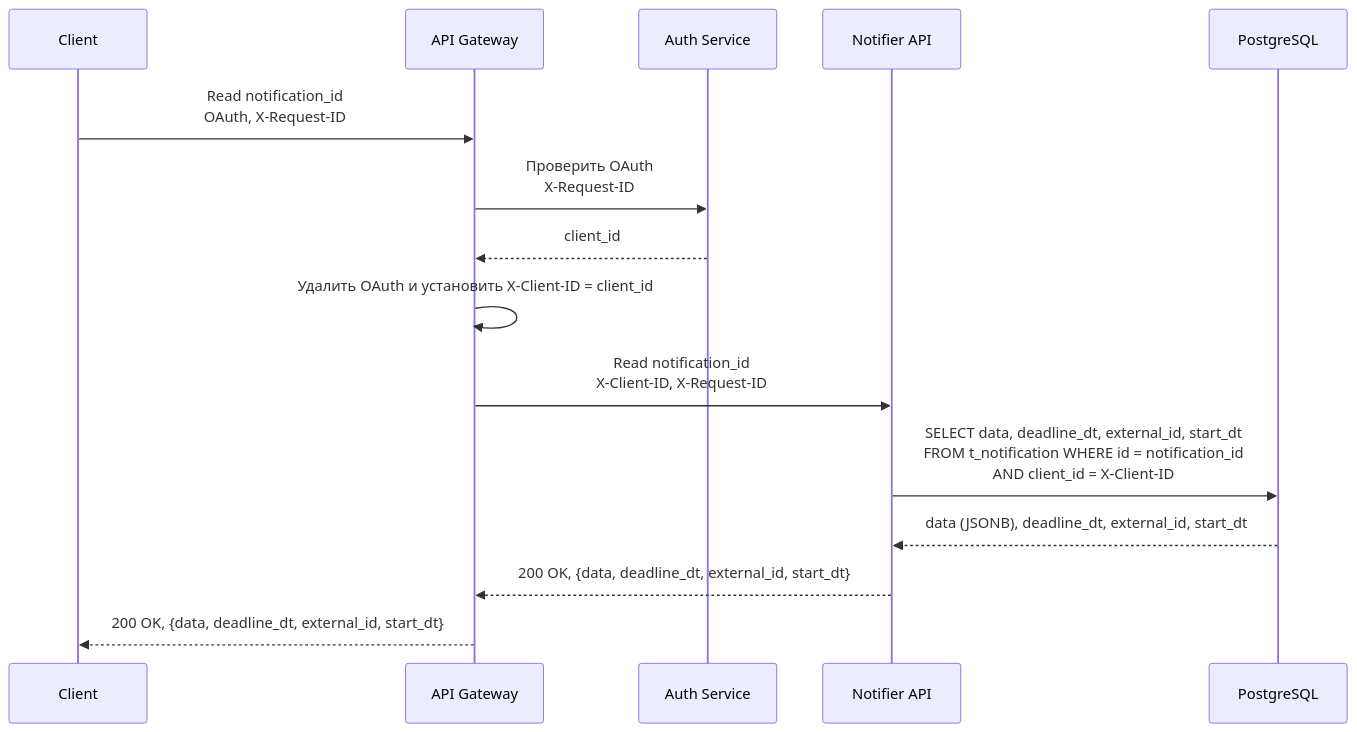
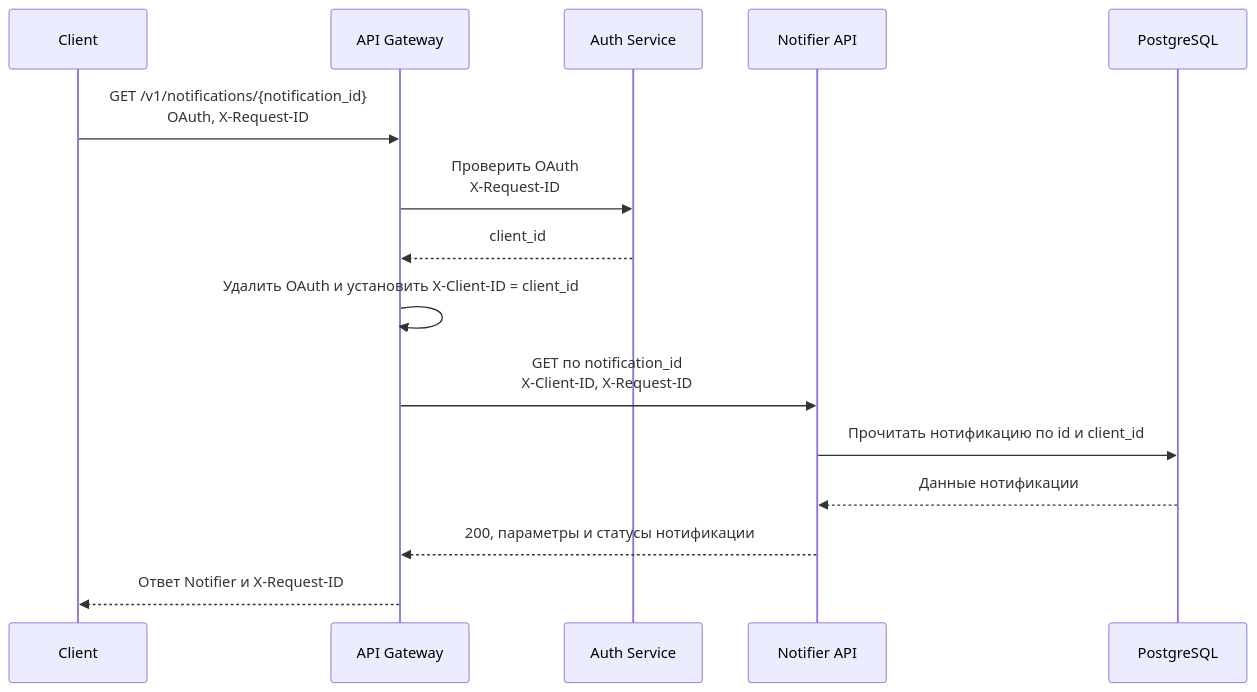
Before and after one commit to ssunshineguy/notifier: the second of 6 diagrams in README.md, drawn with Mermaid. The commit also changed other lines of this file, not shown here.

Commit message:
Update README diagrams and local development instructions

````diff
--- a/README.md
+++ b/README.md
@@ -61,18 +76,18 @@
 ```mermaid
 sequenceDiagram
     participant C as Client
     participant G as API Gateway
     participant A as Auth Service
     participant N as Notifier API
     participant DB as PostgreSQL
 
-    C->>G: Read notification_id<br/>OAuth, X-Request-ID
+    C->>G: GET /v1/notifications/{notification_id}<br/>OAuth, X-Request-ID
     G->>A: Проверить OAuth<br/>X-Request-ID
     A-->>G: client_id
     G->>G: Удалить OAuth и установить X-Client-ID = client_id
-    G->>N: Read notification_id<br/>X-Client-ID, X-Request-ID
-    N->>DB: SELECT data, deadline_dt, external_id, start_dt<br/>FROM t_notification WHERE id = notification_id<br/>AND client_id = X-Client-ID
-    DB-->>N: data (JSONB), deadline_dt, external_id, start_dt
-    N-->>G: 200 OK, {data, deadline_dt, external_id, start_dt}
-    G-->>C: 200 OK, {data, deadline_dt, external_id, start_dt}
+    G->>N: GET по notification_id<br/>X-Client-ID, X-Request-ID
+    N->>DB: Прочитать нотификацию по id и client_id
+    DB-->>N: Данные нотификации
+    N-->>G: 200, параметры и статусы нотификации
+    G-->>C: Ответ Notifier и X-Request-ID
 ```
````
